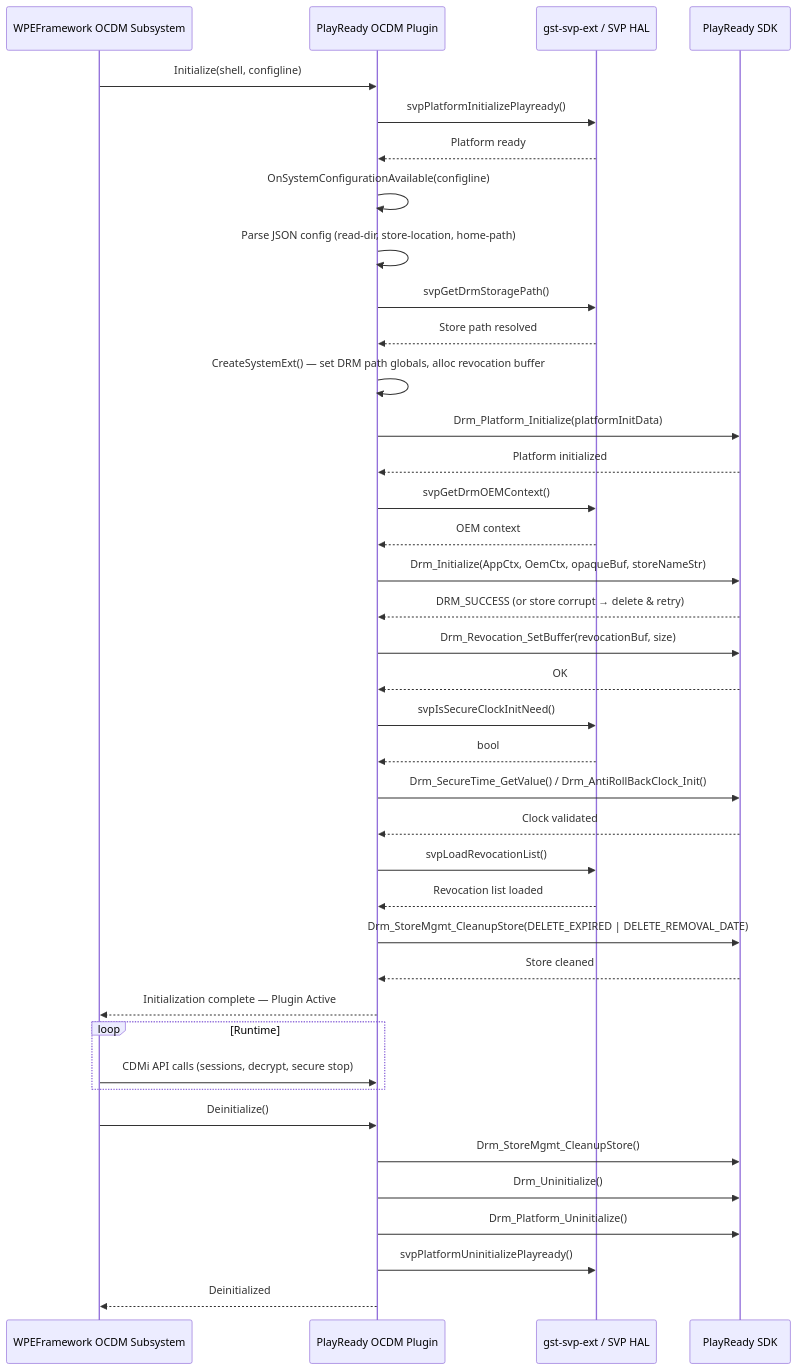
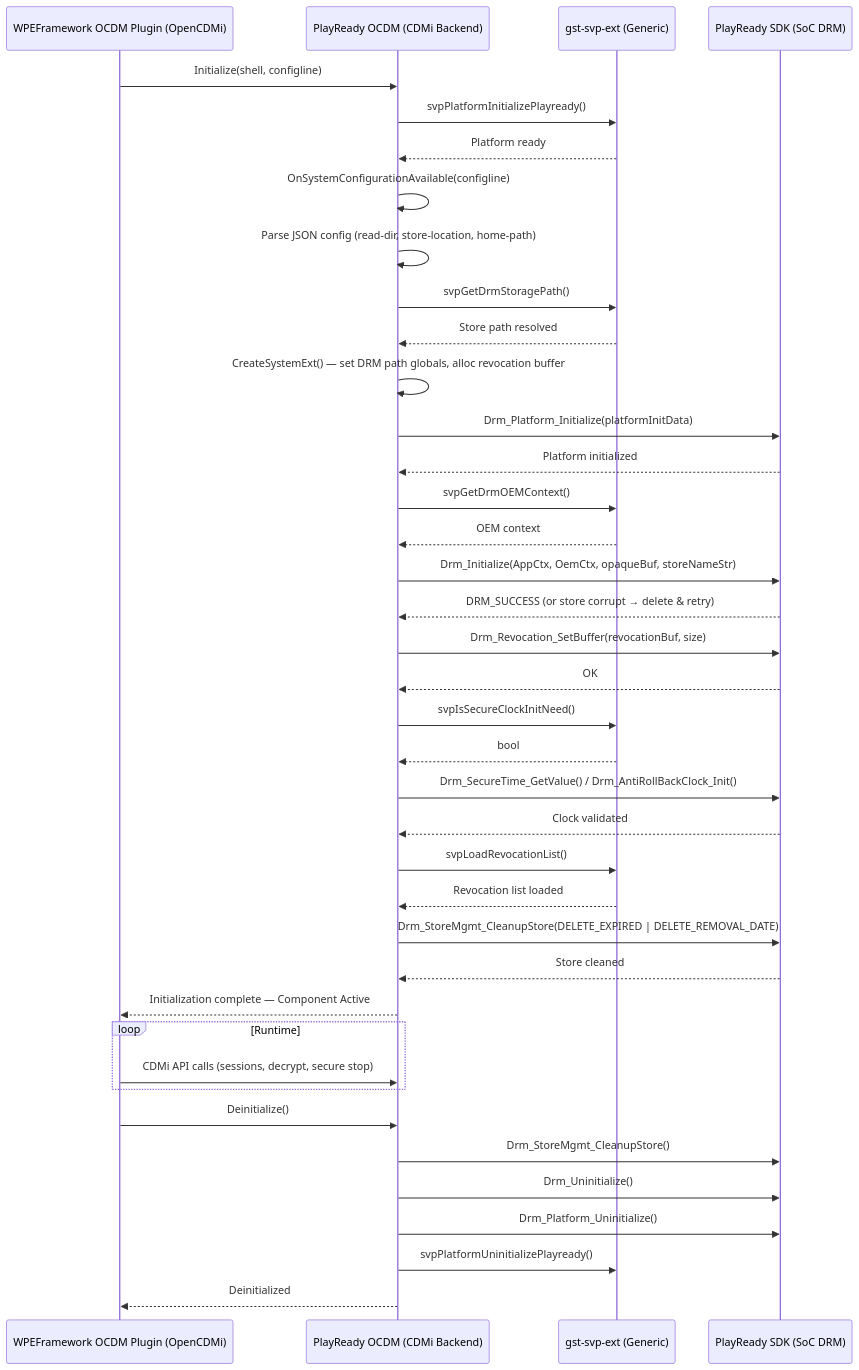
The third of 8 diagrams in docs/docu/RDKV-Documentations/playready-ocdm.md (rns21/RDK_Documentation), drawn with Mermaid before and after one commit. The commit also changed other lines of this file, not shown here.

First line of the commit message:
Revise PlayReady OCDM documentation

````diff
--- a/docs/docu/RDKV-Documentations/playready-ocdm.md
+++ b/docs/docu/RDKV-Documentations/playready-ocdm.md
@@ -127,55 +133,55 @@
 ```mermaid
 sequenceDiagram
-    participant OCDM as WPEFramework OCDM Subsystem
-    participant PR as PlayReady OCDM Plugin
-    participant SVP as gst-svp-ext / SVP HAL
-    participant PRSDK as PlayReady SDK
+    participant OCDM as WPEFramework OCDM Plugin (OpenCDMi)
+    participant PR as PlayReady OCDM (CDMi Backend)
+    participant SVP as gst-svp-ext (Generic)
+    participant PRSDK as PlayReady SDK (SoC DRM)
 
     OCDM->>PR: Initialize(shell, configline)
     PR->>SVP: svpPlatformInitializePlayready()
     SVP-->>PR: Platform ready
 
     PR->>PR: OnSystemConfigurationAvailable(configline)
     PR->>PR: Parse JSON config (read-dir, store-location, home-path)
     PR->>SVP: svpGetDrmStoragePath()
     SVP-->>PR: Store path resolved
 
     PR->>PR: CreateSystemExt() — set DRM path globals, alloc revocation buffer
 
     PR->>PRSDK: Drm_Platform_Initialize(platformInitData)
     PRSDK-->>PR: Platform initialized
 
     PR->>SVP: svpGetDrmOEMContext()
     SVP-->>PR: OEM context
 
     PR->>PRSDK: Drm_Initialize(AppCtx, OemCtx, opaqueBuf, storeNameStr)
     PRSDK-->>PR: DRM_SUCCESS (or store corrupt → delete & retry)
 
     PR->>PRSDK: Drm_Revocation_SetBuffer(revocationBuf, size)
     PRSDK-->>PR: OK
 
     PR->>SVP: svpIsSecureClockInitNeed()
     SVP-->>PR: bool
 
     PR->>PRSDK: Drm_SecureTime_GetValue() / Drm_AntiRollBackClock_Init()
     PRSDK-->>PR: Clock validated
 
     PR->>SVP: svpLoadRevocationList()
     SVP-->>PR: Revocation list loaded
 
     PR->>PRSDK: Drm_StoreMgmt_CleanupStore(DELETE_EXPIRED | DELETE_REMOVAL_DATE)
     PRSDK-->>PR: Store cleaned
 
-    PR-->>OCDM: Initialization complete — Plugin Active
+    PR-->>OCDM: Initialization complete — Component Active
 
     loop Runtime
         OCDM->>PR: CDMi API calls (sessions, decrypt, secure stop)
     end
 
     OCDM->>PR: Deinitialize()
     PR->>PRSDK: Drm_StoreMgmt_CleanupStore()
     PR->>PRSDK: Drm_Uninitialize()
     PR->>PRSDK: Drm_Platform_Uninitialize()
     PR->>SVP: svpPlatformUninitializePlayready()
     PR-->>OCDM: Deinitialized
 ```
````
